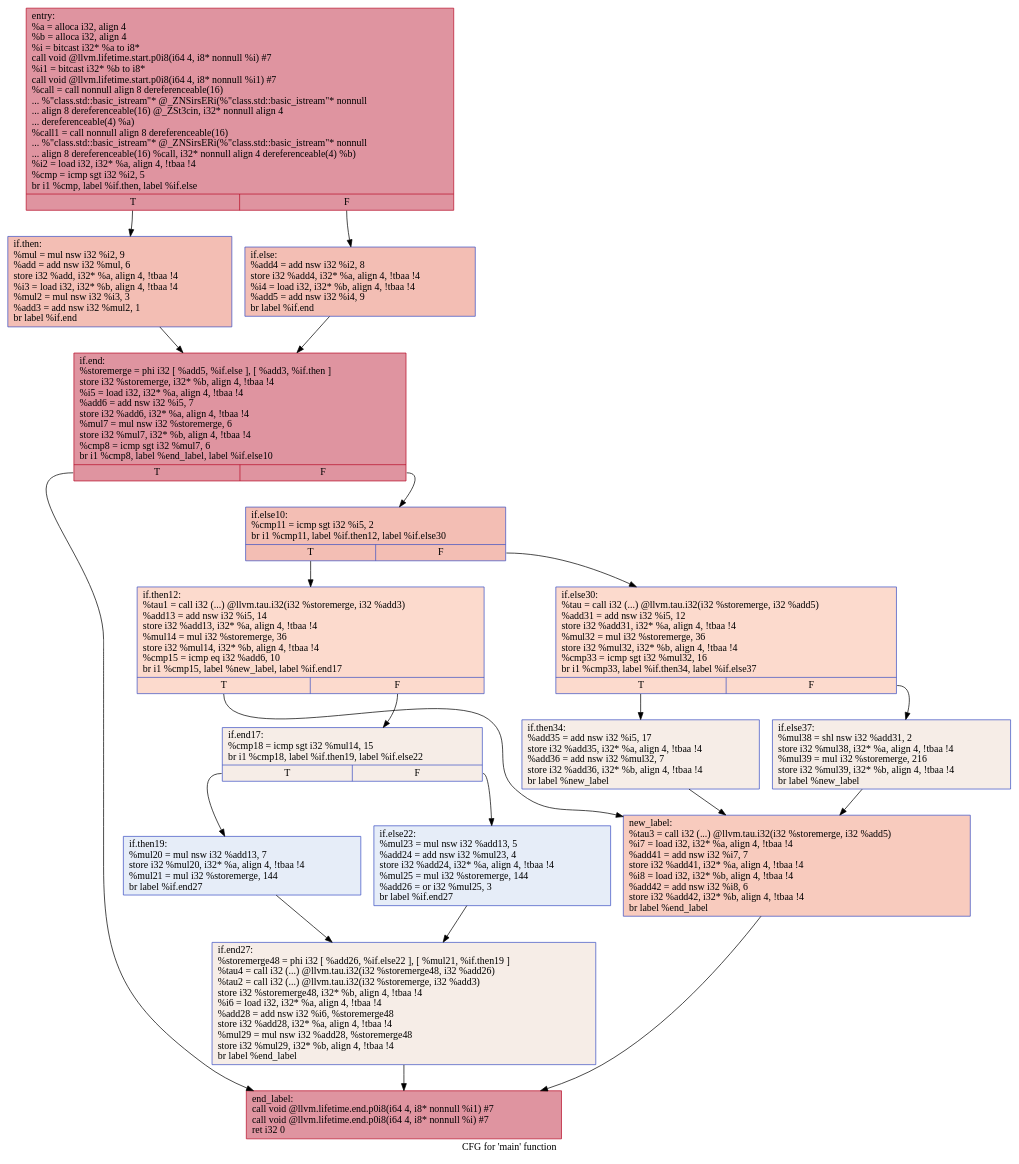
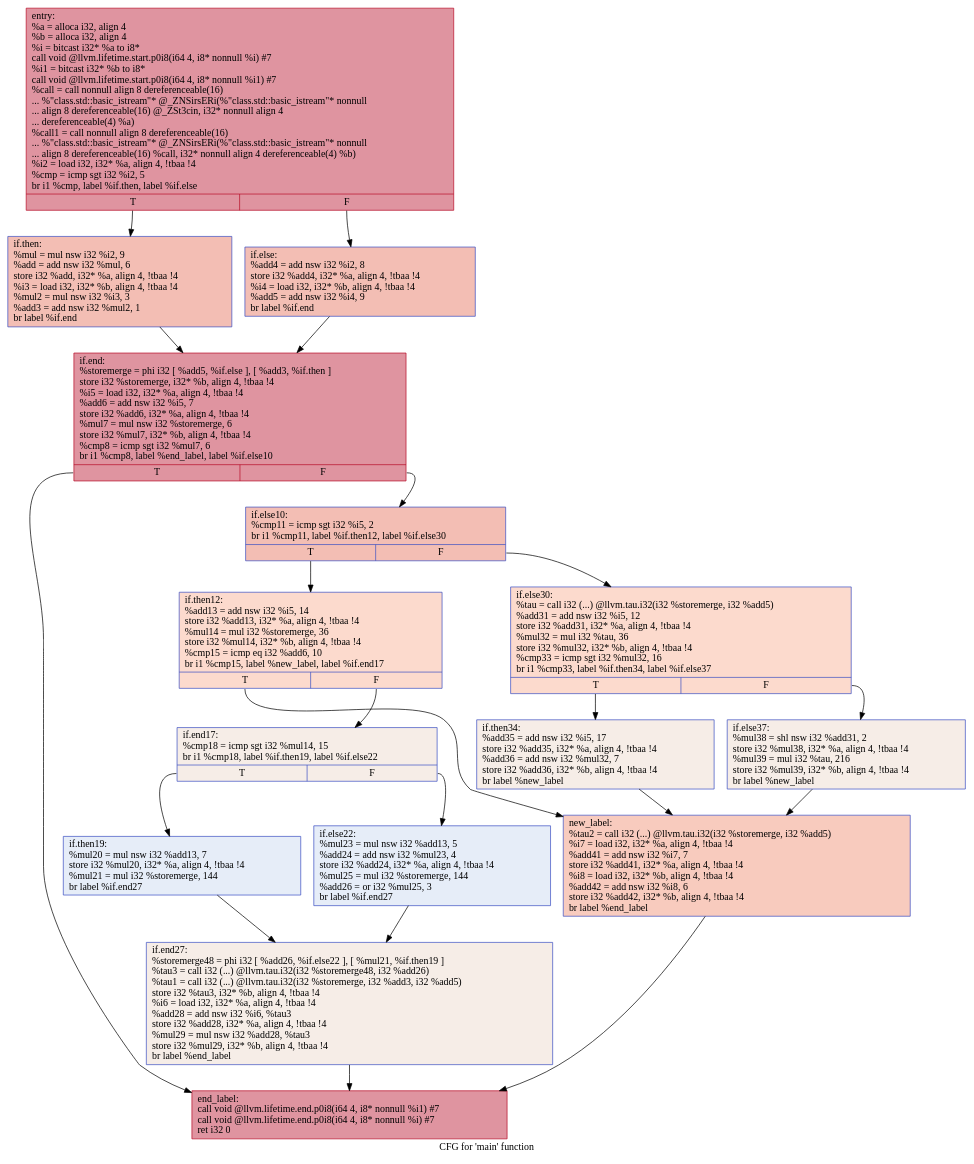
The diagram in IR/cfg/.main.dot (HPSSA-LLVM/HPSSA-LLVM), drawn with Graphviz before and after one commit. The commit also changed 8 other files, not shown here.

```diff
--- a/IR/cfg/.main.dot
+++ b/IR/cfg/.main.dot
@@ -1,39 +1,39 @@
 digraph "CFG for 'main' function" {
 	label="CFG for 'main' function";
 
-	Node0x55c37dbb5500 [shape=record,color="#b70d28ff", style=filled, fillcolor="#b70d2870",label="{entry:\l  %a = alloca i32, align 4\l  %b = alloca i32, align 4\l  %i = bitcast i32* %a to i8*\l  call void @llvm.lifetime.start.p0i8(i64 4, i8* nonnull %i) #7\l  %i1 = bitcast i32* %b to i8*\l  call void @llvm.lifetime.start.p0i8(i64 4, i8* nonnull %i1) #7\l  %call = call nonnull align 8 dereferenceable(16)\l... %\"class.std::basic_istream\"* @_ZNSirsERi(%\"class.std::basic_istream\"* nonnull\l... align 8 dereferenceable(16) @_ZSt3cin, i32* nonnull align 4\l... dereferenceable(4) %a)\l  %call1 = call nonnull align 8 dereferenceable(16)\l... %\"class.std::basic_istream\"* @_ZNSirsERi(%\"class.std::basic_istream\"* nonnull\l... align 8 dereferenceable(16) %call, i32* nonnull align 4 dereferenceable(4) %b)\l  %i2 = load i32, i32* %a, align 4, !tbaa !4\l  %cmp = icmp sgt i32 %i2, 5\l  br i1 %cmp, label %if.then, label %if.else\l|{<s0>T|<s1>F}}"];
-	Node0x55c37dbb5500:s0 -> Node0x55c37dbb6f40;
-	Node0x55c37dbb5500:s1 -> Node0x55c37dbb7010;
-	Node0x55c37dbb6f40 [shape=record,color="#3d50c3ff", style=filled, fillcolor="#e36c5570",label="{if.then:                                          \l  %mul = mul nsw i32 %i2, 9\l  %add = add nsw i32 %mul, 6\l  store i32 %add, i32* %a, align 4, !tbaa !4\l  %i3 = load i32, i32* %b, align 4, !tbaa !4\l  %mul2 = mul nsw i32 %i3, 3\l  %add3 = add nsw i32 %mul2, 1\l  br label %if.end\l}"];
-	Node0x55c37dbb6f40 -> Node0x55c37dbb7db0;
-	Node0x55c37dbb7010 [shape=record,color="#3d50c3ff", style=filled, fillcolor="#e36c5570",label="{if.else:                                          \l  %add4 = add nsw i32 %i2, 8\l  store i32 %add4, i32* %a, align 4, !tbaa !4\l  %i4 = load i32, i32* %b, align 4, !tbaa !4\l  %add5 = add nsw i32 %i4, 9\l  br label %if.end\l}"];
-	Node0x55c37dbb7010 -> Node0x55c37dbb7db0;
-	Node0x55c37dbb7db0 [shape=record,color="#b70d28ff", style=filled, fillcolor="#b70d2870",label="{if.end:                                           \l  %storemerge = phi i32 [ %add5, %if.else ], [ %add3, %if.then ]\l  store i32 %storemerge, i32* %b, align 4, !tbaa !4\l  %i5 = load i32, i32* %a, align 4, !tbaa !4\l  %add6 = add nsw i32 %i5, 7\l  store i32 %add6, i32* %a, align 4, !tbaa !4\l  %mul7 = mul nsw i32 %storemerge, 6\l  store i32 %mul7, i32* %b, align 4, !tbaa !4\l  %cmp8 = icmp sgt i32 %mul7, 6\l  br i1 %cmp8, label %end_label, label %if.else10\l|{<s0>T|<s1>F}}"];
-	Node0x55c37dbb7db0:s0 -> Node0x55c37dbb89d0;
-	Node0x55c37dbb7db0:s1 -> Node0x55c37dbb8a50;
-	Node0x55c37dbb8a50 [shape=record,color="#3d50c3ff", style=filled, fillcolor="#e36c5570",label="{if.else10:                                        \l  %cmp11 = icmp sgt i32 %i5, 2\l  br i1 %cmp11, label %if.then12, label %if.else30\l|{<s0>T|<s1>F}}"];
-	Node0x55c37dbb8a50:s0 -> Node0x55c37dbb8cc0;
-	Node0x55c37dbb8a50:s1 -> Node0x55c37dbb8d40;
-	Node0x55c37dbb8cc0 [shape=record,color="#3d50c3ff", style=filled, fillcolor="#f7ac8e70",label="{if.then12:                                        \l  %tau1 = call i32 (...) @llvm.tau.i32(i32 %storemerge, i32 %add3)\l  %add13 = add nsw i32 %i5, 14\l  store i32 %add13, i32* %a, align 4, !tbaa !4\l  %mul14 = mul i32 %storemerge, 36\l  store i32 %mul14, i32* %b, align 4, !tbaa !4\l  %cmp15 = icmp eq i32 %add6, 10\l  br i1 %cmp15, label %new_label, label %if.end17\l|{<s0>T|<s1>F}}"];
-	Node0x55c37dbb8cc0:s0 -> Node0x55c37dbb9510;
-	Node0x55c37dbb8cc0:s1 -> Node0x55c37dbb95f0;
-	Node0x55c37dbb95f0 [shape=record,color="#3d50c3ff", style=filled, fillcolor="#ead5c970",label="{if.end17:                                         \l  %cmp18 = icmp sgt i32 %mul14, 15\l  br i1 %cmp18, label %if.then19, label %if.else22\l|{<s0>T|<s1>F}}"];
-	Node0x55c37dbb95f0:s0 -> Node0x55c37dbba070;
-	Node0x55c37dbb95f0:s1 -> Node0x55c37dbba0f0;
-	Node0x55c37dbba070 [shape=record,color="#3d50c3ff", style=filled, fillcolor="#c7d7f070",label="{if.then19:                                        \l  %mul20 = mul nsw i32 %add13, 7\l  store i32 %mul20, i32* %a, align 4, !tbaa !4\l  %mul21 = mul i32 %storemerge, 144\l  br label %if.end27\l}"];
-	Node0x55c37dbba070 -> Node0x55c37dbba4a0;
-	Node0x55c37dbba0f0 [shape=record,color="#3d50c3ff", style=filled, fillcolor="#c7d7f070",label="{if.else22:                                        \l  %mul23 = mul nsw i32 %add13, 5\l  %add24 = add nsw i32 %mul23, 4\l  store i32 %add24, i32* %a, align 4, !tbaa !4\l  %mul25 = mul i32 %storemerge, 144\l  %add26 = or i32 %mul25, 3\l  br label %if.end27\l}"];
-	Node0x55c37dbba0f0 -> Node0x55c37dbba4a0;
-	Node0x55c37dbba4a0 [shape=record,color="#3d50c3ff", style=filled, fillcolor="#ead5c970",label="{if.end27:                                         \l  %storemerge48 = phi i32 [ %add26, %if.else22 ], [ %mul21, %if.then19 ]\l  %tau4 = call i32 (...) @llvm.tau.i32(i32 %storemerge48, i32 %add26)\l  %tau2 = call i32 (...) @llvm.tau.i32(i32 %storemerge, i32 %add3)\l  store i32 %storemerge48, i32* %b, align 4, !tbaa !4\l  %i6 = load i32, i32* %a, align 4, !tbaa !4\l  %add28 = add nsw i32 %i6, %storemerge48\l  store i32 %add28, i32* %a, align 4, !tbaa !4\l  %mul29 = mul nsw i32 %add28, %storemerge48\l  store i32 %mul29, i32* %b, align 4, !tbaa !4\l  br label %end_label\l}"];
-	Node0x55c37dbba4a0 -> Node0x55c37dbb89d0;
-	Node0x55c37dbb8d40 [shape=record,color="#3d50c3ff", style=filled, fillcolor="#f7ac8e70",label="{if.else30:                                        \l  %tau = call i32 (...) @llvm.tau.i32(i32 %storemerge, i32 %add5)\l  %add31 = add nsw i32 %i5, 12\l  store i32 %add31, i32* %a, align 4, !tbaa !4\l  %mul32 = mul i32 %storemerge, 36\l  store i32 %mul32, i32* %b, align 4, !tbaa !4\l  %cmp33 = icmp sgt i32 %mul32, 16\l  br i1 %cmp33, label %if.then34, label %if.else37\l|{<s0>T|<s1>F}}"];
-	Node0x55c37dbb8d40:s0 -> Node0x55c37dbbbb50;
-	Node0x55c37dbb8d40:s1 -> Node0x55c37dbbbbd0;
-	Node0x55c37dbbbb50 [shape=record,color="#3d50c3ff", style=filled, fillcolor="#ead5c970",label="{if.then34:                                        \l  %add35 = add nsw i32 %i5, 17\l  store i32 %add35, i32* %a, align 4, !tbaa !4\l  %add36 = add nsw i32 %mul32, 7\l  store i32 %add36, i32* %b, align 4, !tbaa !4\l  br label %new_label\l}"];
-	Node0x55c37dbbbb50 -> Node0x55c37dbb9510;
-	Node0x55c37dbbbbd0 [shape=record,color="#3d50c3ff", style=filled, fillcolor="#ead5c970",label="{if.else37:                                        \l  %mul38 = shl nsw i32 %add31, 2\l  store i32 %mul38, i32* %a, align 4, !tbaa !4\l  %mul39 = mul i32 %storemerge, 216\l  store i32 %mul39, i32* %b, align 4, !tbaa !4\l  br label %new_label\l}"];
-	Node0x55c37dbbbbd0 -> Node0x55c37dbb9510;
-	Node0x55c37dbb9510 [shape=record,color="#3d50c3ff", style=filled, fillcolor="#ef886b70",label="{new_label:                                        \l  %tau3 = call i32 (...) @llvm.tau.i32(i32 %storemerge, i32 %add5)\l  %i7 = load i32, i32* %a, align 4, !tbaa !4\l  %add41 = add nsw i32 %i7, 7\l  store i32 %add41, i32* %a, align 4, !tbaa !4\l  %i8 = load i32, i32* %b, align 4, !tbaa !4\l  %add42 = add nsw i32 %i8, 6\l  store i32 %add42, i32* %b, align 4, !tbaa !4\l  br label %end_label\l}"];
-	Node0x55c37dbb9510 -> Node0x55c37dbb89d0;
-	Node0x55c37dbb89d0 [shape=record,color="#b70d28ff", style=filled, fillcolor="#b70d2870",label="{end_label:                                        \l  call void @llvm.lifetime.end.p0i8(i64 4, i8* nonnull %i1) #7\l  call void @llvm.lifetime.end.p0i8(i64 4, i8* nonnull %i) #7\l  ret i32 0\l}"];
+	Node0x55a18407bb90 [shape=record,color="#b70d28ff", style=filled, fillcolor="#b70d2870",label="{entry:\l  %a = alloca i32, align 4\l  %b = alloca i32, align 4\l  %i = bitcast i32* %a to i8*\l  call void @llvm.lifetime.start.p0i8(i64 4, i8* nonnull %i) #7\l  %i1 = bitcast i32* %b to i8*\l  call void @llvm.lifetime.start.p0i8(i64 4, i8* nonnull %i1) #7\l  %call = call nonnull align 8 dereferenceable(16)\l... %\"class.std::basic_istream\"* @_ZNSirsERi(%\"class.std::basic_istream\"* nonnull\l... align 8 dereferenceable(16) @_ZSt3cin, i32* nonnull align 4\l... dereferenceable(4) %a)\l  %call1 = call nonnull align 8 dereferenceable(16)\l... %\"class.std::basic_istream\"* @_ZNSirsERi(%\"class.std::basic_istream\"* nonnull\l... align 8 dereferenceable(16) %call, i32* nonnull align 4 dereferenceable(4) %b)\l  %i2 = load i32, i32* %a, align 4, !tbaa !4\l  %cmp = icmp sgt i32 %i2, 5\l  br i1 %cmp, label %if.then, label %if.else\l|{<s0>T|<s1>F}}"];
+	Node0x55a18407bb90:s0 -> Node0x55a18407d5d0;
+	Node0x55a18407bb90:s1 -> Node0x55a18407d6a0;
+	Node0x55a18407d5d0 [shape=record,color="#3d50c3ff", style=filled, fillcolor="#e36c5570",label="{if.then:                                          \l  %mul = mul nsw i32 %i2, 9\l  %add = add nsw i32 %mul, 6\l  store i32 %add, i32* %a, align 4, !tbaa !4\l  %i3 = load i32, i32* %b, align 4, !tbaa !4\l  %mul2 = mul nsw i32 %i3, 3\l  %add3 = add nsw i32 %mul2, 1\l  br label %if.end\l}"];
+	Node0x55a18407d5d0 -> Node0x55a18407e440;
+	Node0x55a18407d6a0 [shape=record,color="#3d50c3ff", style=filled, fillcolor="#e36c5570",label="{if.else:                                          \l  %add4 = add nsw i32 %i2, 8\l  store i32 %add4, i32* %a, align 4, !tbaa !4\l  %i4 = load i32, i32* %b, align 4, !tbaa !4\l  %add5 = add nsw i32 %i4, 9\l  br label %if.end\l}"];
+	Node0x55a18407d6a0 -> Node0x55a18407e440;
+	Node0x55a18407e440 [shape=record,color="#b70d28ff", style=filled, fillcolor="#b70d2870",label="{if.end:                                           \l  %storemerge = phi i32 [ %add5, %if.else ], [ %add3, %if.then ]\l  store i32 %storemerge, i32* %b, align 4, !tbaa !4\l  %i5 = load i32, i32* %a, align 4, !tbaa !4\l  %add6 = add nsw i32 %i5, 7\l  store i32 %add6, i32* %a, align 4, !tbaa !4\l  %mul7 = mul nsw i32 %storemerge, 6\l  store i32 %mul7, i32* %b, align 4, !tbaa !4\l  %cmp8 = icmp sgt i32 %mul7, 6\l  br i1 %cmp8, label %end_label, label %if.else10\l|{<s0>T|<s1>F}}"];
+	Node0x55a18407e440:s0 -> Node0x55a18407f060;
+	Node0x55a18407e440:s1 -> Node0x55a18407f0e0;
+	Node0x55a18407f0e0 [shape=record,color="#3d50c3ff", style=filled, fillcolor="#e36c5570",label="{if.else10:                                        \l  %cmp11 = icmp sgt i32 %i5, 2\l  br i1 %cmp11, label %if.then12, label %if.else30\l|{<s0>T|<s1>F}}"];
+	Node0x55a18407f0e0:s0 -> Node0x55a18407f350;
+	Node0x55a18407f0e0:s1 -> Node0x55a18407f3d0;
+	Node0x55a18407f350 [shape=record,color="#3d50c3ff", style=filled, fillcolor="#f7ac8e70",label="{if.then12:                                        \l  %add13 = add nsw i32 %i5, 14\l  store i32 %add13, i32* %a, align 4, !tbaa !4\l  %mul14 = mul i32 %storemerge, 36\l  store i32 %mul14, i32* %b, align 4, !tbaa !4\l  %cmp15 = icmp eq i32 %add6, 10\l  br i1 %cmp15, label %new_label, label %if.end17\l|{<s0>T|<s1>F}}"];
+	Node0x55a18407f350:s0 -> Node0x55a18407f920;
+	Node0x55a18407f350:s1 -> Node0x55a18407f9a0;
+	Node0x55a18407f9a0 [shape=record,color="#3d50c3ff", style=filled, fillcolor="#ead5c970",label="{if.end17:                                         \l  %cmp18 = icmp sgt i32 %mul14, 15\l  br i1 %cmp18, label %if.then19, label %if.else22\l|{<s0>T|<s1>F}}"];
+	Node0x55a18407f9a0:s0 -> Node0x55a18407fc10;
+	Node0x55a18407f9a0:s1 -> Node0x55a1840804a0;
+	Node0x55a18407fc10 [shape=record,color="#3d50c3ff", style=filled, fillcolor="#c7d7f070",label="{if.then19:                                        \l  %mul20 = mul nsw i32 %add13, 7\l  store i32 %mul20, i32* %a, align 4, !tbaa !4\l  %mul21 = mul i32 %storemerge, 144\l  br label %if.end27\l}"];
+	Node0x55a18407fc10 -> Node0x55a184080850;
+	Node0x55a1840804a0 [shape=record,color="#3d50c3ff", style=filled, fillcolor="#c7d7f070",label="{if.else22:                                        \l  %mul23 = mul nsw i32 %add13, 5\l  %add24 = add nsw i32 %mul23, 4\l  store i32 %add24, i32* %a, align 4, !tbaa !4\l  %mul25 = mul i32 %storemerge, 144\l  %add26 = or i32 %mul25, 3\l  br label %if.end27\l}"];
+	Node0x55a1840804a0 -> Node0x55a184080850;
+	Node0x55a184080850 [shape=record,color="#3d50c3ff", style=filled, fillcolor="#ead5c970",label="{if.end27:                                         \l  %storemerge48 = phi i32 [ %add26, %if.else22 ], [ %mul21, %if.then19 ]\l  %tau3 = call i32 (...) @llvm.tau.i32(i32 %storemerge48, i32 %add26)\l  %tau1 = call i32 (...) @llvm.tau.i32(i32 %storemerge, i32 %add3, i32 %add5)\l  store i32 %tau3, i32* %b, align 4, !tbaa !4\l  %i6 = load i32, i32* %a, align 4, !tbaa !4\l  %add28 = add nsw i32 %i6, %tau3\l  store i32 %add28, i32* %a, align 4, !tbaa !4\l  %mul29 = mul nsw i32 %add28, %tau3\l  store i32 %mul29, i32* %b, align 4, !tbaa !4\l  br label %end_label\l}"];
+	Node0x55a184080850 -> Node0x55a18407f060;
+	Node0x55a18407f3d0 [shape=record,color="#3d50c3ff", style=filled, fillcolor="#f7ac8e70",label="{if.else30:                                        \l  %tau = call i32 (...) @llvm.tau.i32(i32 %storemerge, i32 %add5)\l  %add31 = add nsw i32 %i5, 12\l  store i32 %add31, i32* %a, align 4, !tbaa !4\l  %mul32 = mul i32 %tau, 36\l  store i32 %mul32, i32* %b, align 4, !tbaa !4\l  %cmp33 = icmp sgt i32 %mul32, 16\l  br i1 %cmp33, label %if.then34, label %if.else37\l|{<s0>T|<s1>F}}"];
+	Node0x55a18407f3d0:s0 -> Node0x55a184081f90;
+	Node0x55a18407f3d0:s1 -> Node0x55a184082010;
+	Node0x55a184081f90 [shape=record,color="#3d50c3ff", style=filled, fillcolor="#ead5c970",label="{if.then34:                                        \l  %add35 = add nsw i32 %i5, 17\l  store i32 %add35, i32* %a, align 4, !tbaa !4\l  %add36 = add nsw i32 %mul32, 7\l  store i32 %add36, i32* %b, align 4, !tbaa !4\l  br label %new_label\l}"];
+	Node0x55a184081f90 -> Node0x55a18407f920;
+	Node0x55a184082010 [shape=record,color="#3d50c3ff", style=filled, fillcolor="#ead5c970",label="{if.else37:                                        \l  %mul38 = shl nsw i32 %add31, 2\l  store i32 %mul38, i32* %a, align 4, !tbaa !4\l  %mul39 = mul i32 %tau, 216\l  store i32 %mul39, i32* %b, align 4, !tbaa !4\l  br label %new_label\l}"];
+	Node0x55a184082010 -> Node0x55a18407f920;
+	Node0x55a18407f920 [shape=record,color="#3d50c3ff", style=filled, fillcolor="#ef886b70",label="{new_label:                                        \l  %tau2 = call i32 (...) @llvm.tau.i32(i32 %storemerge, i32 %add5)\l  %i7 = load i32, i32* %a, align 4, !tbaa !4\l  %add41 = add nsw i32 %i7, 7\l  store i32 %add41, i32* %a, align 4, !tbaa !4\l  %i8 = load i32, i32* %b, align 4, !tbaa !4\l  %add42 = add nsw i32 %i8, 6\l  store i32 %add42, i32* %b, align 4, !tbaa !4\l  br label %end_label\l}"];
+	Node0x55a18407f920 -> Node0x55a18407f060;
+	Node0x55a18407f060 [shape=record,color="#b70d28ff", style=filled, fillcolor="#b70d2870",label="{end_label:                                        \l  call void @llvm.lifetime.end.p0i8(i64 4, i8* nonnull %i1) #7\l  call void @llvm.lifetime.end.p0i8(i64 4, i8* nonnull %i) #7\l  ret i32 0\l}"];
 }
```
